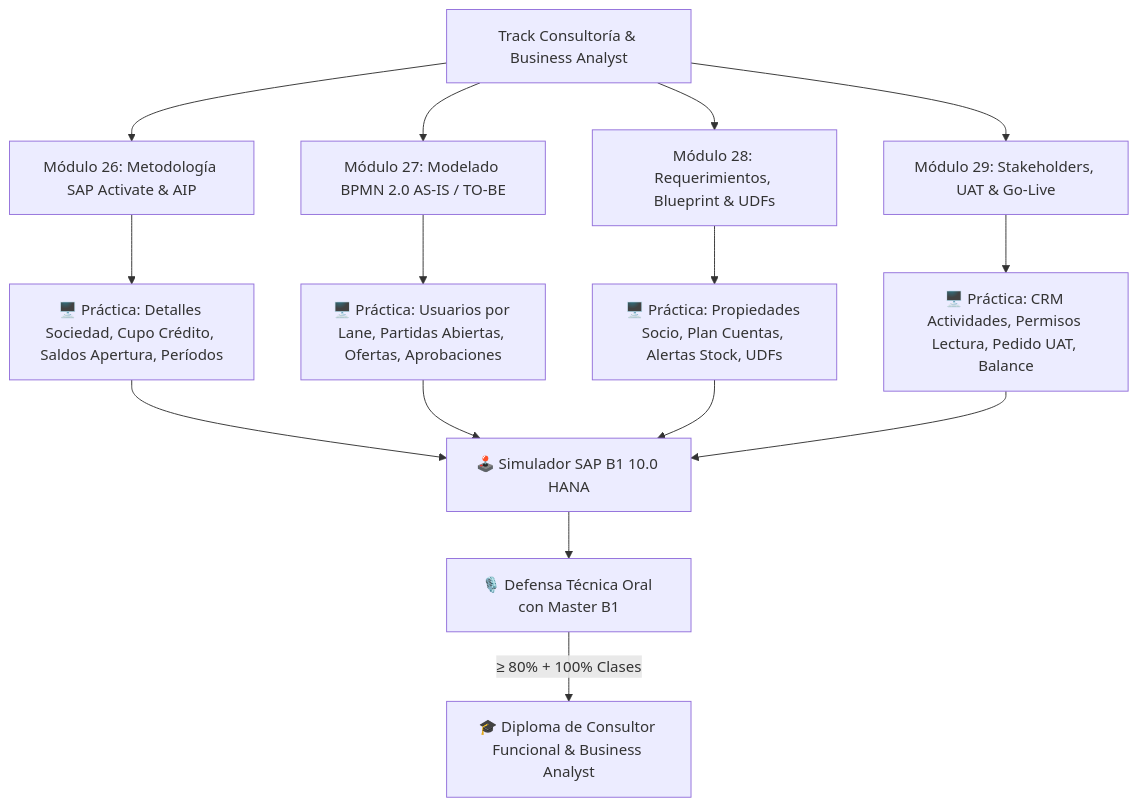
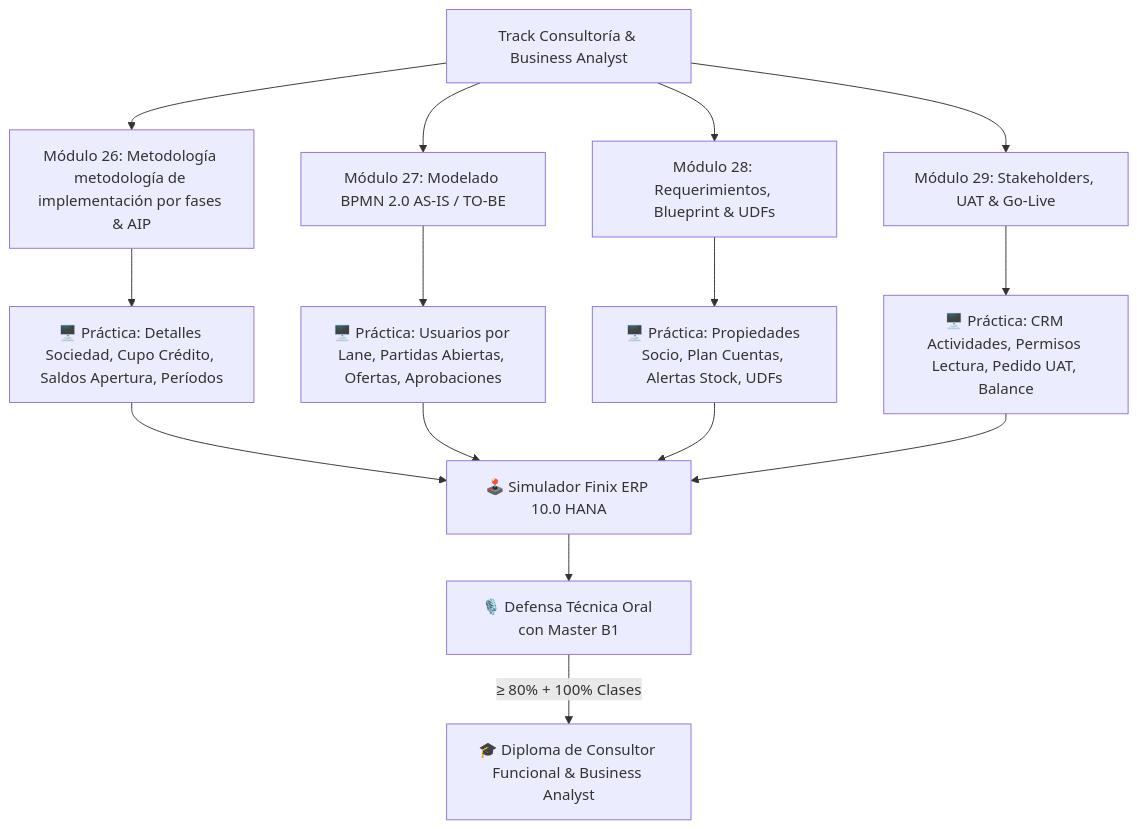
Before and after one commit to pablofgarciaf/B1-ACADEMY: the diagram in docs/19_Track_Consultoria_y_Business_Analyst.md, drawn with Mermaid. The commit also changed other lines of this file and 4125 other files, not shown here.

````diff
--- a/docs/19_Track_Consultoria_y_Business_Analyst.md
+++ b/docs/19_Track_Consultoria_y_Business_Analyst.md
@@ -21,16 +21,16 @@
 ```mermaid
 graph TD
-    A[Track Consultoría & Business Analyst] --> M26[Módulo 26: Metodología SAP Activate & AIP]
+    A[Track Consultoría & Business Analyst] --> M26[Módulo 26: Metodología metodología de implementación por fases & AIP]
     A --> M27[Módulo 27: Modelado BPMN 2.0 AS-IS / TO-BE]
     A --> M28[Módulo 28: Requerimientos, Blueprint & UDFs]
     A --> M29[Módulo 29: Stakeholders, UAT & Go-Live]
 
     M26 --> P26[🖥️ Práctica: Detalles Sociedad, Cupo Crédito, Saldos Apertura, Períodos]
     M27 --> P27[🖥️ Práctica: Usuarios por Lane, Partidas Abiertas, Ofertas, Aprobaciones]
     M28 --> P28[🖥️ Práctica: Propiedades Socio, Plan Cuentas, Alertas Stock, UDFs]
     M29 --> P29[🖥️ Práctica: CRM Actividades, Permisos Lectura, Pedido UAT, Balance]
 
-    P26 & P27 & P28 & P29 --> SIM[🕹️ Simulador SAP B1 10.0 HANA]
+    P26 & P27 & P28 & P29 --> SIM[🕹️ Simulador Finix ERP 10.0 HANA]
     SIM --> EVAL[🎙️ Defensa Técnica Oral con Master B1]
     EVAL -->|≥ 80% + 100% Clases| DIP[🎓 Diploma de Consultor Funcional & Business Analyst]
 ```
````
